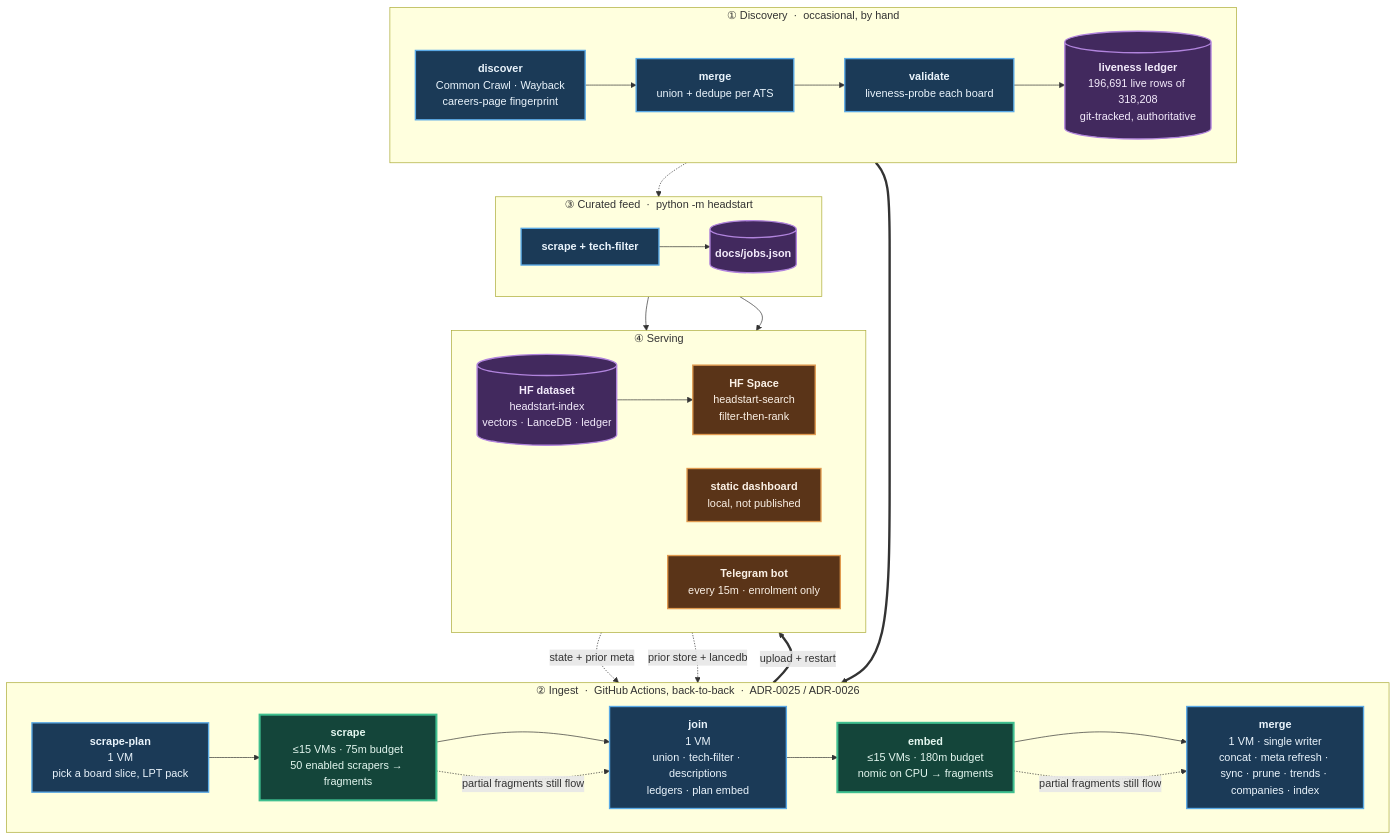
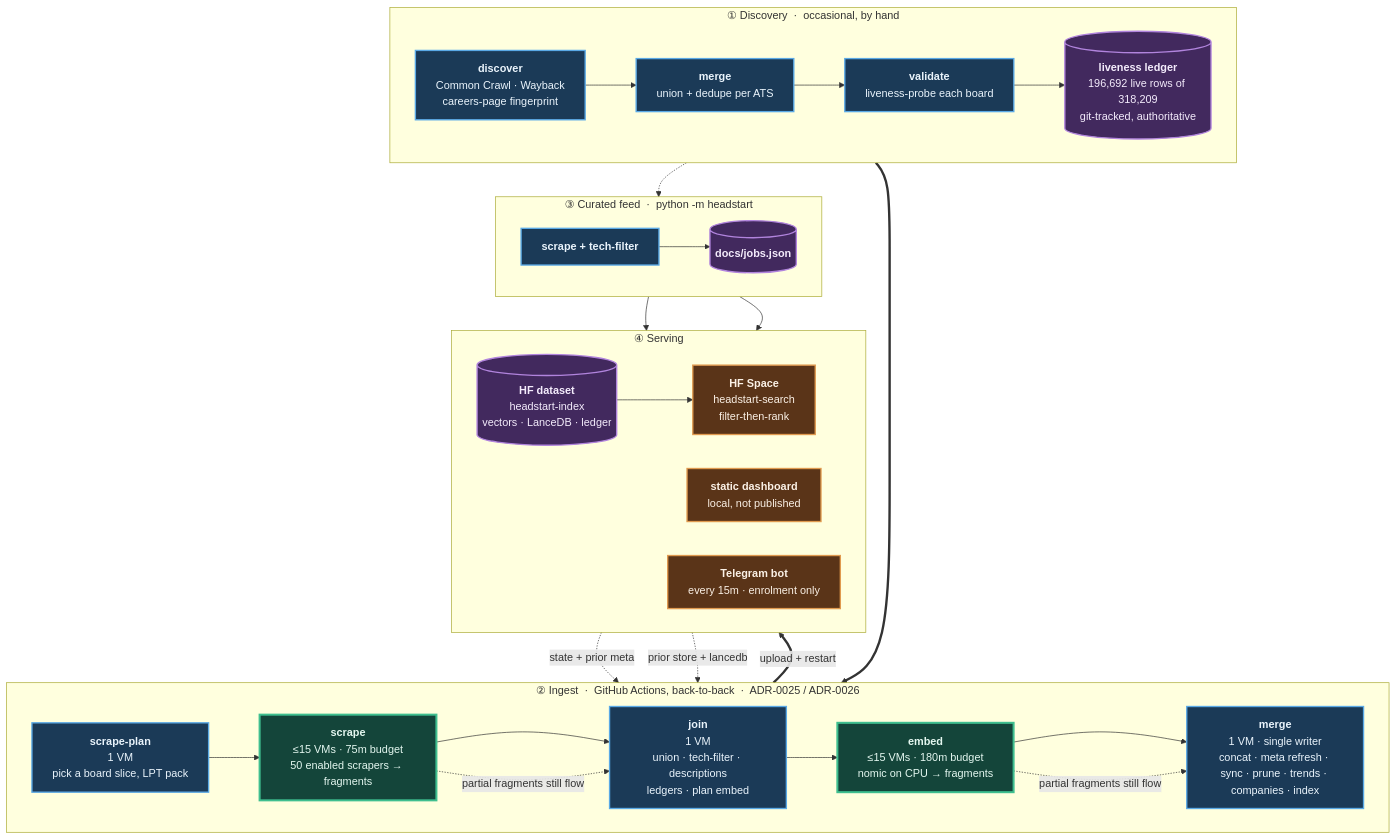
The diagram in README.md (sarthakjain004/headstart), drawn with Mermaid before and after one commit. The commit also changed other lines of this file and 3 other files, not shown here.

````diff
--- a/README.md
+++ b/README.md
@@ -185,56 +185,56 @@
 ```mermaid
 flowchart TB
     subgraph D["① Discovery &nbsp;·&nbsp; occasional, by hand"]
         direction LR
         D1["<b>discover</b><br/>Common Crawl · Wayback<br/>careers-page fingerprint"]
         D2["<b>merge</b><br/>union + dedupe per ATS"]
         D3["<b>validate</b><br/>liveness-probe each board"]
-        D4[("<b>liveness ledger</b><br/>196,691 live rows of 318,208<br/>git-tracked, authoritative")]
+        D4[("<b>liveness ledger</b><br/>196,692 live rows of 318,209<br/>git-tracked, authoritative")]
         D1 --> D2 --> D3 --> D4
     end
 
     subgraph P["② Ingest &nbsp;·&nbsp; GitHub Actions, back-to-back &nbsp;·&nbsp; ADR-0025 / ADR-0026"]
         direction LR
         P1["<b>scrape-plan</b><br/>1 VM<br/>pick a board slice, LPT pack"]
         P2["<b>scrape</b><br/>≤15 VMs · 75m budget<br/>50 enabled scrapers → fragments"]
         P3["<b>join</b><br/>1 VM<br/>union · tech-filter · descriptions<br/>ledgers · plan embed"]
         P4["<b>embed</b><br/>≤15 VMs · 180m budget<br/>nomic on CPU → fragments"]
         P5["<b>merge</b><br/>1 VM · single writer<br/>concat · meta refresh · sync · prune · trends · companies · index"]
         P1 --> P2 --> P3 --> P4 --> P5
     end
 
     subgraph F["③ Curated feed &nbsp;·&nbsp; python -m headstart"]
         direction LR
         F1["<b>scrape + tech-filter</b>"]
         F2[("<b>docs/jobs.json</b>")]
         F1 --> F2
     end
 
     subgraph S["④ Serving"]
         direction LR
         S1[("<b>HF dataset</b><br/>headstart-index<br/>vectors · LanceDB · ledger")]
         S2["<b>HF Space</b><br/>headstart-search<br/>filter-then-rank"]
         S3["<b>static dashboard</b><br/>local, not published"]
         S4["<b>Telegram bot</b><br/>every 15m · enrolment only"]
         S1 --> S2
     end
 
     D4 ==> P1
     S1 -. "state + prior meta" .-> P1
     S1 -. "prior store + lancedb" .-> P5
     D4 -.-> F1
     P5 ==>|"upload + restart"| S1
     F2 --> S3
     F2 --> S4
     P2 -. "partial fragments still flow" .-> P3
     P4 -. "partial fragments still flow" .-> P5
 
     classDef serial fill:#1b3a57,stroke:#5aa9e6,stroke-width:2px,color:#eaf4fc
     classDef fan fill:#14453a,stroke:#3fbf8f,stroke-width:3px,color:#e4f7f0
     classDef store fill:#42295e,stroke:#b184dd,stroke-width:2px,color:#f4ecfc
     classDef serve fill:#5a3418,stroke:#e09a4f,stroke-width:2px,color:#fbf1e6
     class D1,D2,D3,P1,P3,P5,F1 serial
     class P2,P4 fan
     class D4,F2,S1 store
     class S2,S3,S4 serve
 ```
````
